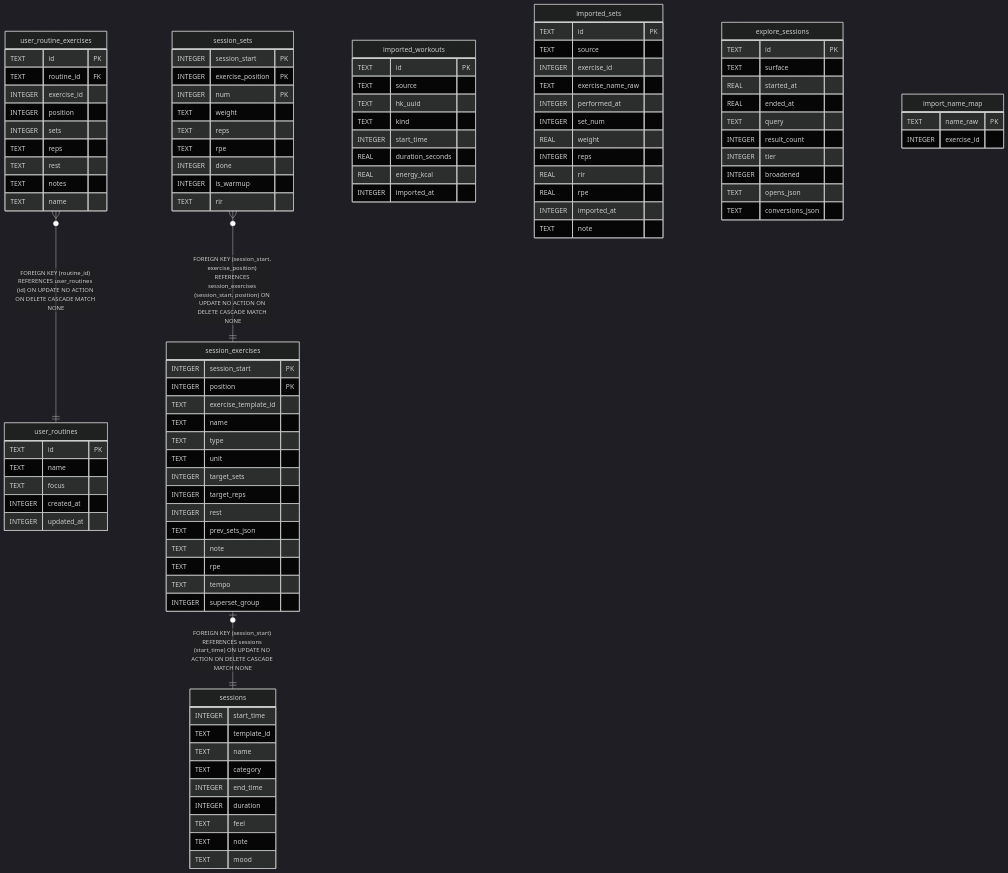
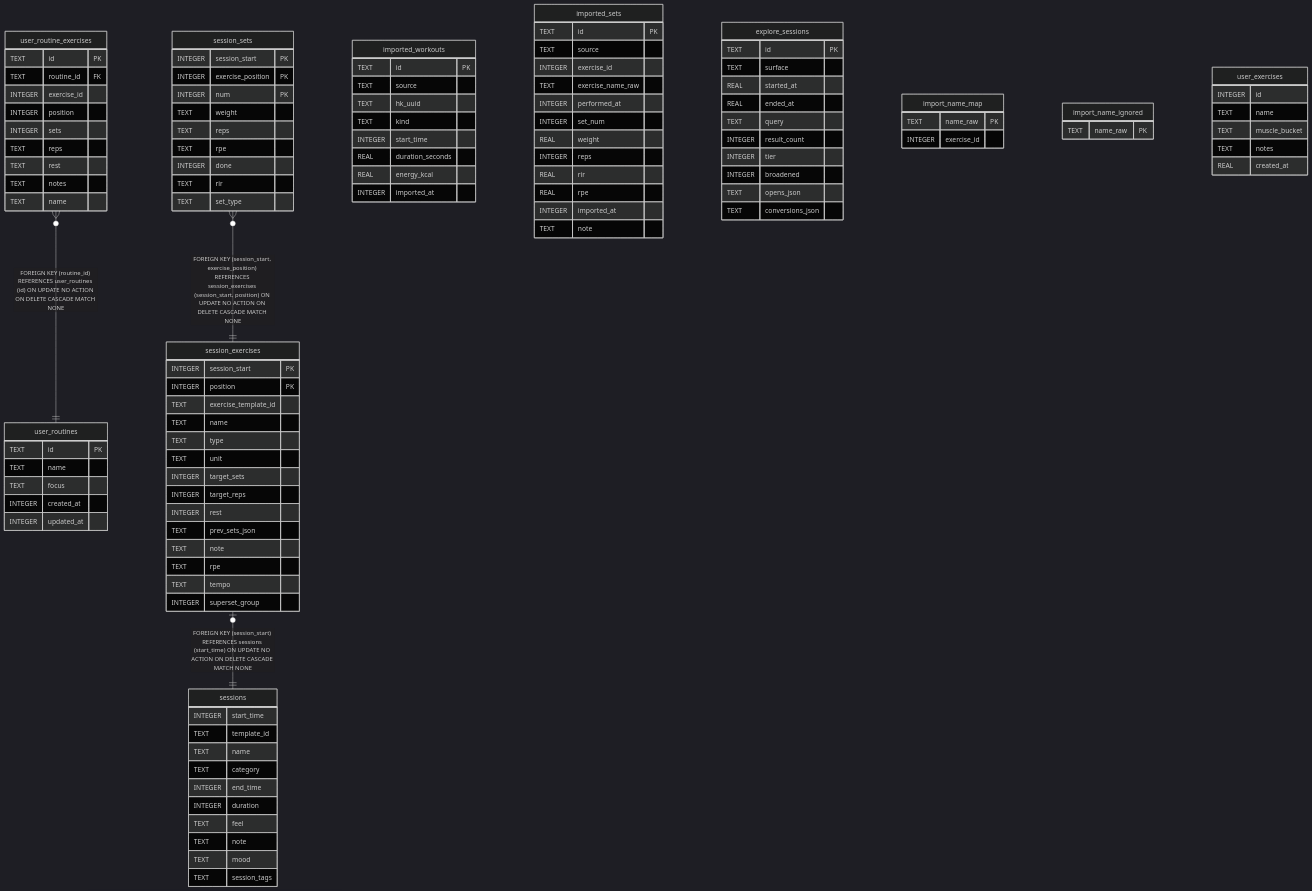
The diagram in docs/schema/user/README.md (wilburwing-art/phase-training2), drawn with Mermaid (dark theme) before and after one commit. The commit also changed other lines of this file and 40 other files, not shown here.

First line of the commit message:
custom exercises: user_exercises table (user.db v11), create from the picker, backup v3

````diff
--- a/docs/schema/user/README.md
+++ b/docs/schema/user/README.md
@@ -55,6 +57,7 @@
   TEXT feel
   TEXT note
   TEXT mood
+  TEXT session_tags
 }
 "session_exercises" {
   INTEGER session_start PK
@@ -80,8 +83,8 @@
   TEXT reps
   TEXT rpe
   INTEGER done
-  INTEGER is_warmup
   TEXT rir
+  TEXT set_type
 }
 "imported_workouts" {
   TEXT id PK
@@ -123,4 +126,14 @@
   TEXT name_raw PK
   INTEGER exercise_id
 }
+"import_name_ignored" {
+  TEXT name_raw PK
+}
+"user_exercises" {
+  INTEGER id
+  TEXT name
+  TEXT muscle_bucket
+  TEXT notes
+  REAL created_at
+}
 ```
````
